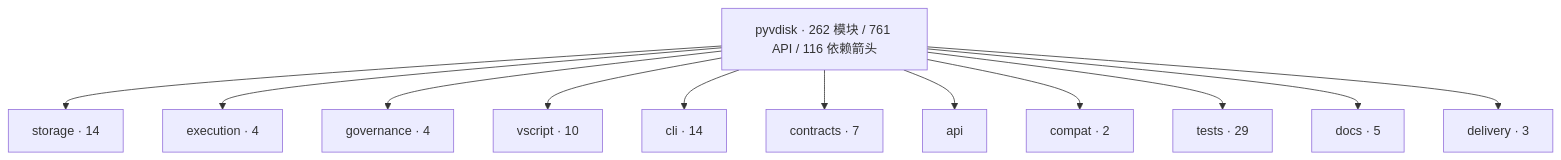
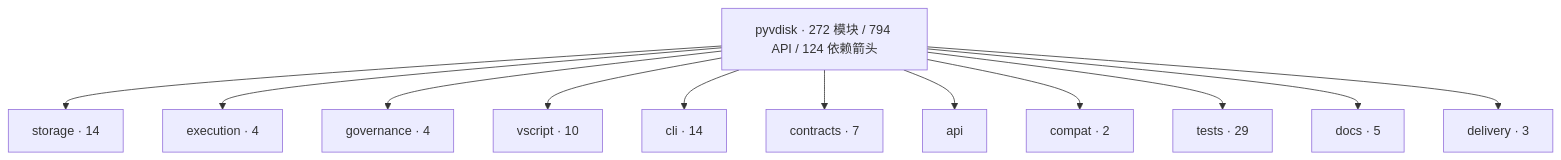
Before and after one commit to HeDaas-Code/pyvdisk: the first of 2 diagrams in README.md, drawn with Mermaid. The commit also changed other lines of this file and 124 other files, not shown here.

````diff
--- a/README.md
+++ b/README.md
@@ -27,15 +27,15 @@
 ```mermaid
 graph TD
-  R["pyvdisk · 262 模块 / 761 API / 116 依赖箭头"]
+  R["pyvdisk · 272 模块 / 794 API / 124 依赖箭头"]
   R --> pyvdisk_storage["storage · 14"]
   R --> pyvdisk_execution["execution · 4"]
   R --> pyvdisk_governance["governance · 4"]
   R --> pyvdisk_vscript["vscript · 10"]
   R --> pyvdisk_cli["cli · 14"]
   R --> pyvdisk_contracts["contracts · 7"]
   R --> pyvdisk_api["api"]
   R --> pyvdisk_compat["compat · 2"]
   R --> pyvdisk_tests["tests · 29"]
   R --> pyvdisk_docs["docs · 5"]
   R --> pyvdisk_delivery["delivery · 3"]
 ```
````
